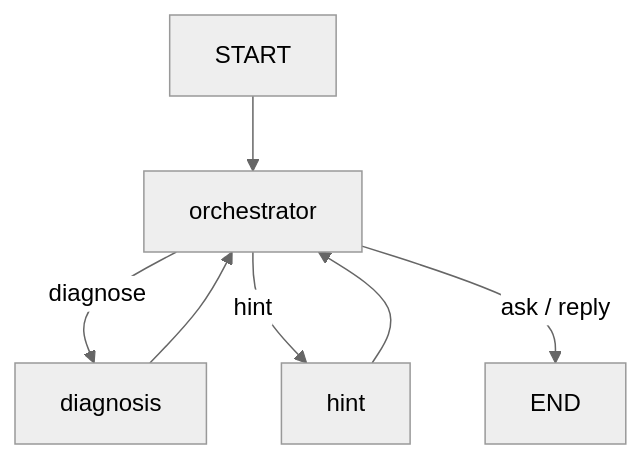
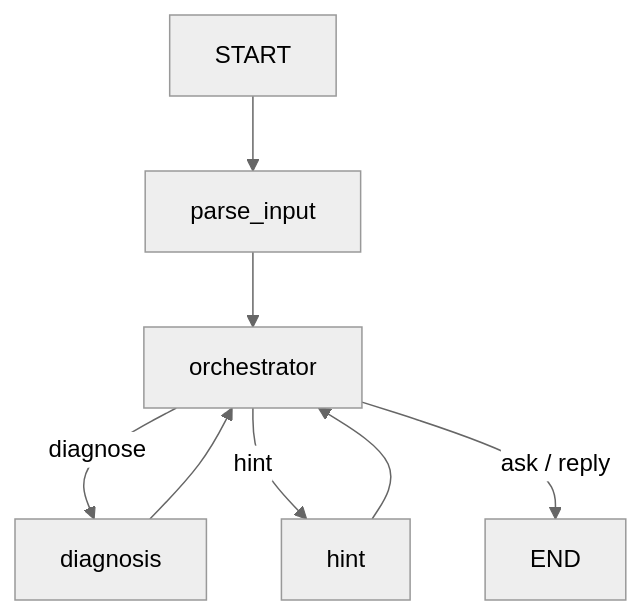
Before and after one commit to ruzhylopv/math-tutor-nlp-sys: the first of 2 diagrams in docs/architecture.md, drawn with Mermaid (neutral theme). The commit also changed other lines of this file and 8 other files, not shown here.

````diff
--- a/docs/architecture.md
+++ b/docs/architecture.md
@@ -33,9 +33,9 @@
 ```mermaid
 flowchart TD
-  START --> orchestrator
+  START --> parse_input --> orchestrator
   orchestrator -->|diagnose| diagnosis
   orchestrator -->|hint| hint
   orchestrator -->|ask / reply| END
   diagnosis --> orchestrator
   hint --> orchestrator
 ```
````
